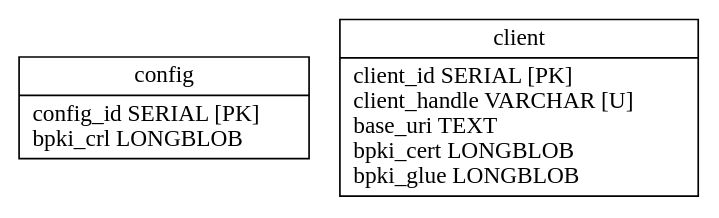
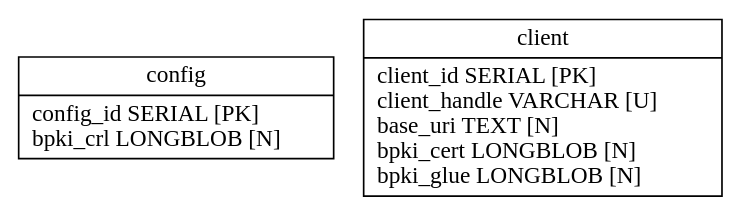
Before and after one commit to dragonresearch/rpki.net: the diagram in rpkid/doc/pubd.dot, drawn with Graphviz. The commit also changed 29 other files, not shown here.

```diff
--- a/rpkid/doc/pubd.dot
+++ b/rpkid/doc/pubd.dot
@@ -1,9 +1,9 @@
 // Automatically generated from pubd.sql
 
 digraph test {
 	edge [arrowtail=none, arrowhead=crow];
-	graph [ratio=fill, overlap=false, bgcolor=white];
+	graph [ratio=fill, overlap=false];
 	node [label="\N", fillcolor=white, shape=record, style=filled];
-	config [label="{config\n|config_id\ SERIAL\ [PK]\lbpki_crl\ LONGBLOB\l}"];
-	client [label="{client\n|client_id\ SERIAL\ [PK]\lclient_handle\ VARCHAR\ [U]\lbase_uri\ TEXT\lbpki_cert\ LONGBLOB\lbpki_glue\ LONGBLOB\l}"];
+	node1 [label="{config\n|config_id\ SERIAL\ [PK]\lbpki_crl\ LONGBLOB\ [N]\l}"];
+	node2 [label="{client\n|client_id\ SERIAL\ [PK]\lclient_handle\ VARCHAR\ [U]\lbase_uri\ TEXT\ [N]\lbpki_cert\ LONGBLOB\ [N]\lbpki_glue\ LONGBLOB\ [N]\l}"];
 }
```
